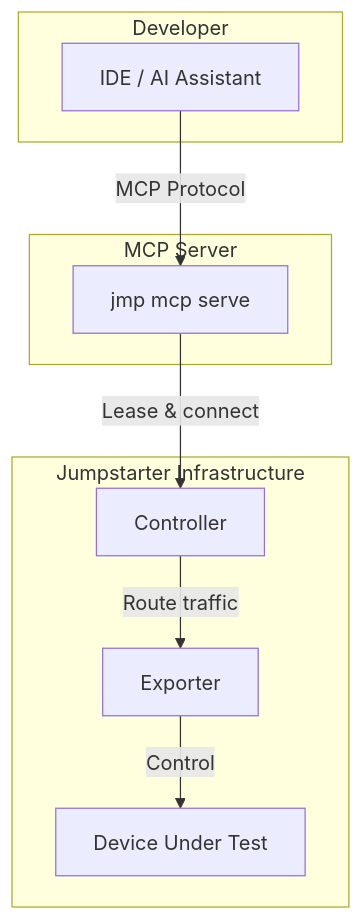
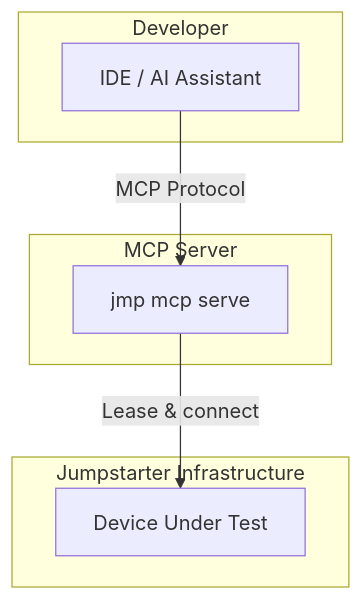
One commit to jumpstarter-dev/jumpstarter changed the first of 2 diagrams in python/docs/source/getting-started/guides/ai-agent-integration.md. Above: the diagram before and after it, drawn with Mermaid.

Commit message:
docs: simplify MCP architecture diagram
Made-with: Cursor

````diff
--- a/python/docs/source/getting-started/guides/ai-agent-integration.md
+++ b/python/docs/source/getting-started/guides/ai-agent-integration.md
@@ -8,22 +8,18 @@
 ```{mermaid}
 :config: {"theme":"base","themeVariables":{"primaryColor":"#f8f8f8","primaryTextColor":"#000","primaryBorderColor":"#e5e5e5","lineColor":"#3d94ff","secondaryColor":"#f8f8f8","tertiaryColor":"#fff"}}
 flowchart TB
     subgraph "Developer"
         IDE["IDE / AI Assistant"]
     end
 
     subgraph "MCP Server"
         JmpMCP["jmp mcp serve"]
     end
 
     subgraph "Jumpstarter Infrastructure"
-        Controller["Controller"]
-        Exporters["Exporter"]
         DUTs["Device Under Test"]
     end
 
     IDE -- "MCP Protocol" --> JmpMCP
-    JmpMCP -- "Lease & connect" --> Controller
-    Controller -- "Route traffic" --> Exporters
-    Exporters -- "Control" --> DUTs
+    JmpMCP -- "Lease & connect" --> DUTs
 ```
````
